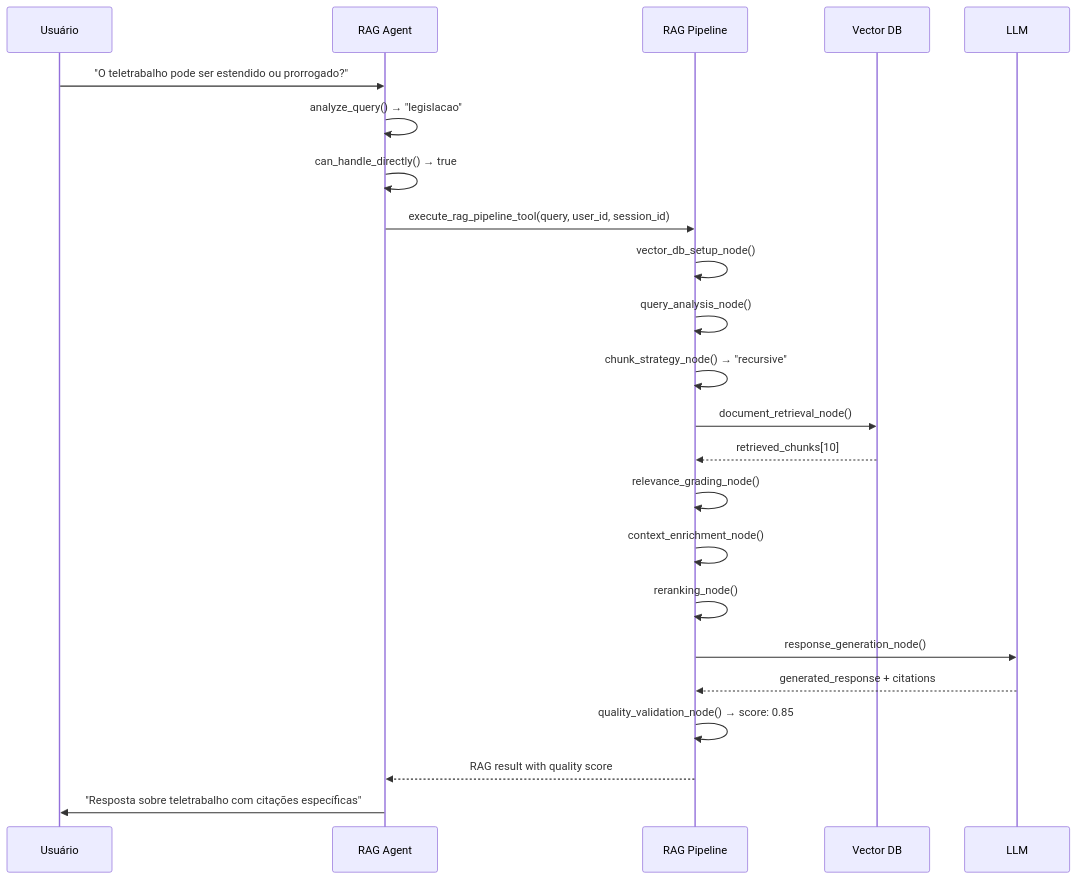
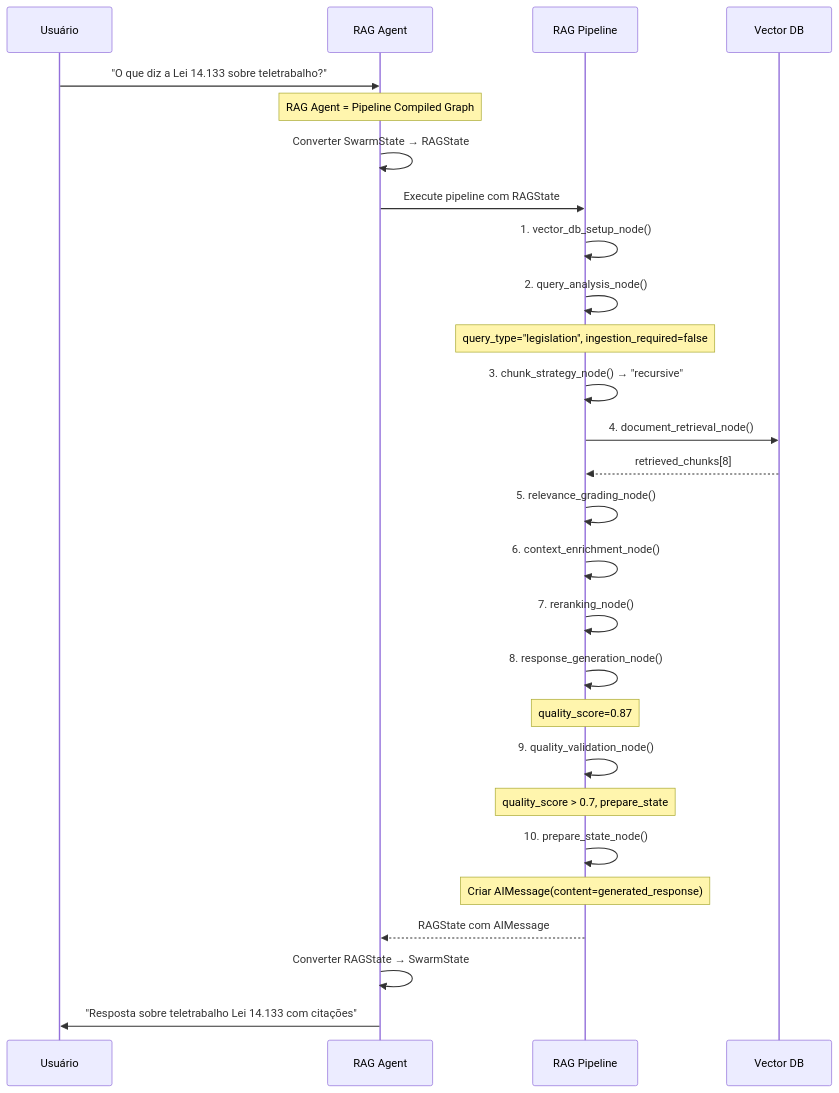
One commit to jgabriellima/coagent01-graph changed diagram 14 of 18 in docs/tce_swarm/ARCHITECTURE_COMPLETE.md. Above: the diagram before and after it, drawn with Mermaid. The commit also changed other lines of this file and 13 other files, not shown here.

First line of the commit message:
feat: Update TCE-PA architecture and documentation

````diff
--- a/docs/tce_swarm/ARCHITECTURE_COMPLETE.md
+++ b/docs/tce_swarm/ARCHITECTURE_COMPLETE.md
@@ -1462,35 +1485,39 @@
 ```mermaid
 sequenceDiagram
     participant U as Usuário
     participant R as RAG Agent
     participant P as RAG Pipeline
     participant V as Vector DB
-    participant L as LLM
     
-    U->>R: "O teletrabalho pode ser estendido ou prorrogado?"
+    U->>R: "O que diz a Lei 14.133 sobre teletrabalho?"
     
-    R->>R: analyze_query() → "legislacao"
-    R->>R: can_handle_directly() → true
+    Note over R: RAG Agent = Pipeline Compiled Graph
     
-    R->>P: execute_rag_pipeline_tool(query, user_id, session_id)
+    R->>R: Converter SwarmState → RAGState
+    R->>P: Execute pipeline com RAGState
     
-    P->>P: vector_db_setup_node()
-    P->>P: query_analysis_node()
-    P->>P: chunk_strategy_node() → "recursive"
+    P->>P: 1. vector_db_setup_node()
+    P->>P: 2. query_analysis_node()
+    Note over P: query_type="legislation", ingestion_required=false
     
-    P->>V: document_retrieval_node()
-    V-->>P: retrieved_chunks[10]
+    P->>P: 3. chunk_strategy_node() → "recursive"
+    P->>V: 4. document_retrieval_node()
+    V-->>P: retrieved_chunks[8]
     
-    P->>P: relevance_grading_node()
-    P->>P: context_enrichment_node()
-    P->>P: reranking_node()
+    P->>P: 5. relevance_grading_node()
+    P->>P: 6. context_enrichment_node()
+    P->>P: 7. reranking_node()
+    P->>P: 8. response_generation_node()
+    Note over P: quality_score=0.87
     
-    P->>L: response_generation_node()
-    L-->>P: generated_response + citations
+    P->>P: 9. quality_validation_node()
+    Note over P: quality_score > 0.7, prepare_state
     
-    P->>P: quality_validation_node() → score: 0.85
+    P->>P: 10. prepare_state_node()
+    Note over P: Criar AIMessage(content=generated_response)
     
-    P-->>R: RAG result with quality score
+    P-->>R: RAGState com AIMessage
+    R->>R: Converter RAGState → SwarmState
     
-    R->>U: "Resposta sobre teletrabalho com citações específicas"
+    R->>U: "Resposta sobre teletrabalho Lei 14.133 com citações"
 ```
````
